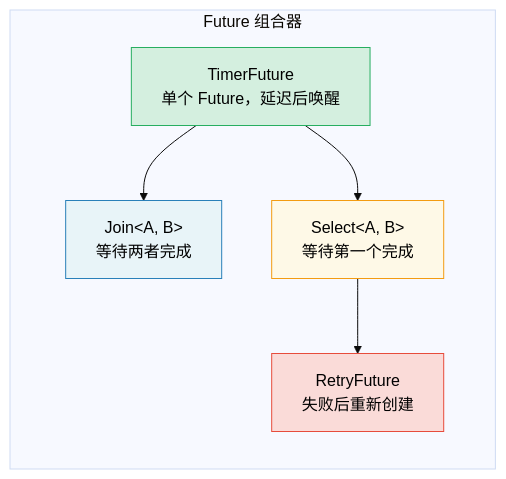
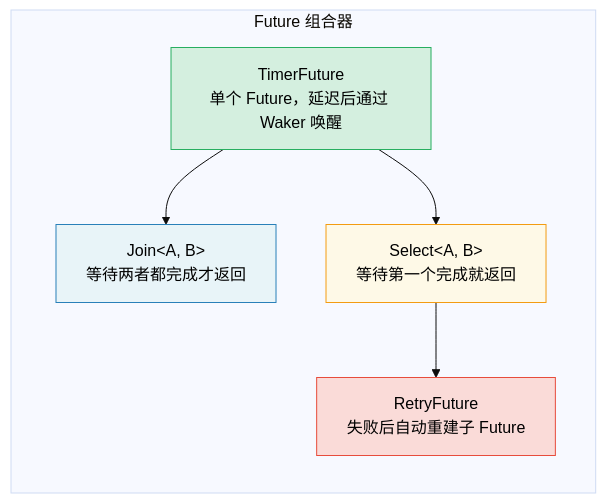
Before and after one commit to hearsay316/RustTraining: the diagram in async-book/src-zh/ch06-building-futures-by-hand.md, drawn with Mermaid (base theme). The commit also changed other lines of this file and 20 other files, not shown here.

````diff
--- a/async-book/src-zh/ch06-building-futures-by-hand.md
+++ b/async-book/src-zh/ch06-building-futures-by-hand.md
@@ -184,19 +235,19 @@
 ```mermaid
 graph LR
     subgraph "Future 组合器"
         direction TB
-        TIMER["TimerFuture<br/>单个 Future，延迟后唤醒"]
-        JOIN["Join&lt;A, B&gt;<br/>等待两者完成"]
-        SELECT["Select&lt;A, B&gt;<br/>等待第一个完成"]
-        RETRY["RetryFuture<br/>失败后重新创建"]
+        TIMER["TimerFuture<br/>单个 Future，延迟后通过 Waker 唤醒"]
+        JOIN["Join&lt;A, B&gt;<br/>等待两者都完成才返回"]
+        SELECT["Select&lt;A, B&gt;<br/>等待第一个完成就返回"]
+        RETRY["RetryFuture<br/>失败后自动重建子 Future"]
     end
 
     TIMER --> JOIN
     TIMER --> SELECT
     SELECT --> RETRY
 
     style TIMER fill:#d4efdf,stroke:#27ae60,color:#000
     style JOIN fill:#e8f4f8,stroke:#2980b9,color:#000
     style SELECT fill:#fef9e7,stroke:#f39c12,color:#000
     style RETRY fill:#fadbd8,stroke:#e74c3c,color:#000
 ```
````
